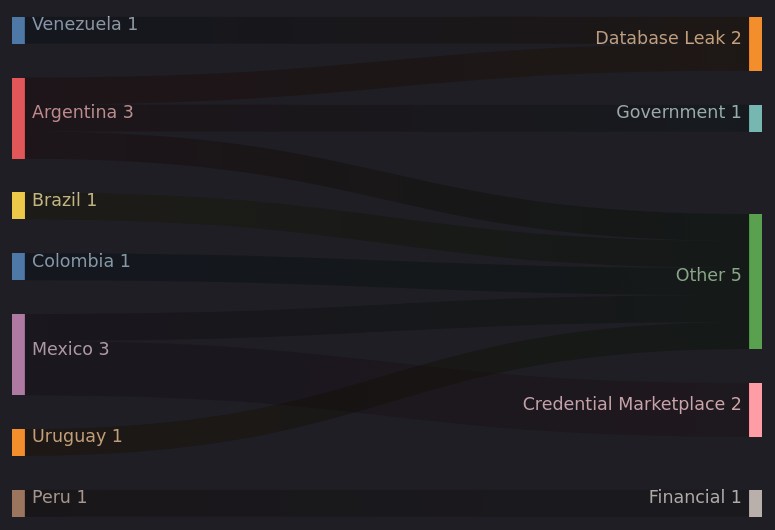
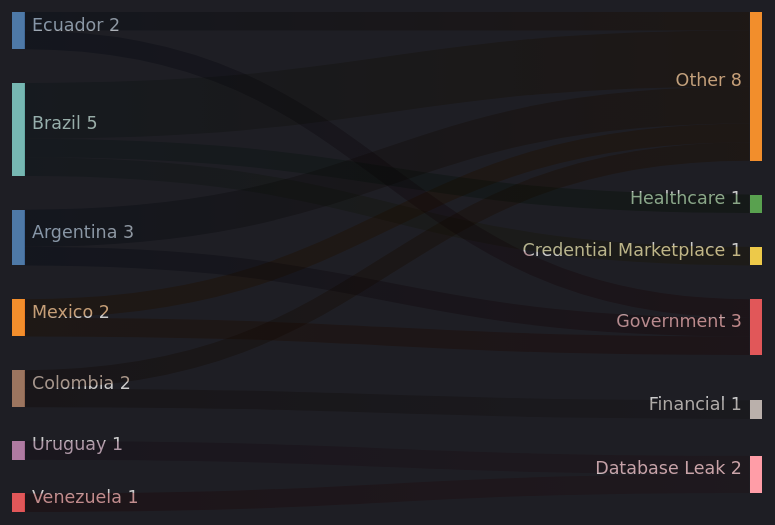
Before and after one commit to ZoqueLabs/website: the third of 5 diagrams in exfiltradaz.md, drawn with Mermaid. The commit also changed other lines of this file, not shown here.

````diff
--- a/exfiltradaz.md
+++ b/exfiltradaz.md
@@ -71,17 +74,20 @@
 ```mermaid
 ---
 config:
   theme: dark
 ---
 sankey-beta
+  Ecuador,Other,1
+  Ecuador,Government,1
+  Brazil,Healthcare,1
+  Brazil,Other,3
+  Brazil,Credential Marketplace,1
+  Uruguay,Database Leak,1
+  Colombia,Financial,1
+  Colombia,Other,1
+  Argentina,Government,1
+  Argentina,Other,2
+  Mexico,Other,1
+  Mexico,Government,1
   Venezuela,Database Leak,1
-  Argentina,Government,1
-  Argentina,Database Leak,1
-  Argentina,Other,1
-  Brazil,Other,1
-  Mexico,Other,1
-  Mexico,Credential Marketplace,2
-  Peru,Financial,1
-  Colombia,Other,1
-  Uruguay,Other,1
 ```
````
